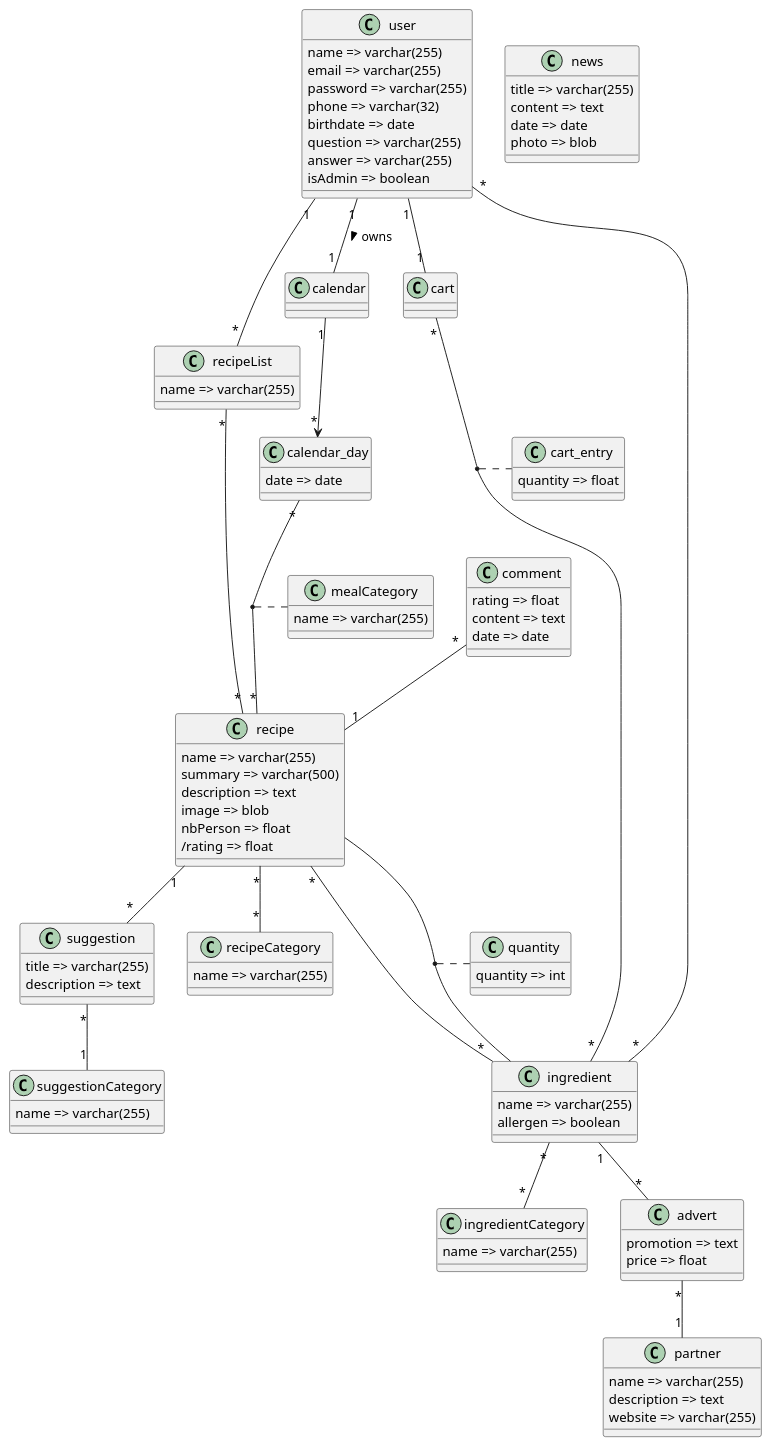
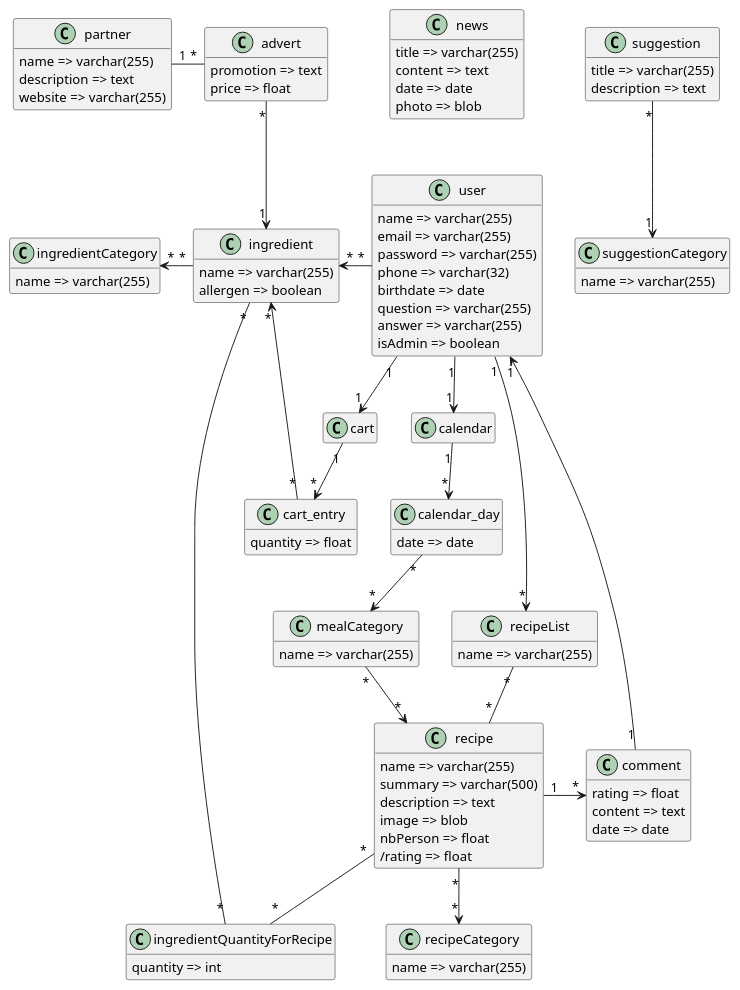
The diagram in doc/reports/domainAnalysis/plantuml/model.plantuml (iusildra/WineCellar), drawn with PlantUML before and after one commit.

Commit message:
Domain analysis

```diff
--- a/doc/reports/domainAnalysis/plantuml/model.plantuml
+++ b/doc/reports/domainAnalysis/plantuml/model.plantuml
@@ -1,138 +1,125 @@
 @startuml model
-' hide empty members
+hide empty members
 ' skinparam Linetype polyline
 
 class ingredientCategory {
-
   {field} name => varchar(255)
 }
 
 class recipeCategory {
-
   {field} name => varchar(255)
 }
 
 class suggestionCategory {
-
   {field} name => varchar(255)
 }
 
 class mealCategory {
-
   {field} name => varchar(255)
 }
 
 class ingredient {
-
   {field} name => varchar(255)
   {field} allergen => boolean
 }
 
 class recipe {
-
   {field} name => varchar(255)
   {field} summary => varchar(500)
   {field} description => text
   {field} image => blob
   {field} nbPerson => float
   {field} /rating => float
 }
 
 
 class advert {
   {field} promotion => text
   {field} price => float
 }
 
 class suggestion {
-
   {field} title => varchar(255)
   {field} description => text
 }
 
 
 class comment {
   {field} rating => float
   {field} content => text
   {field} date => date
 }
 
 class calendar
 
 class calendar_day {
   {field} date => date
 }
 
 
 class recipeList {
   {field} name => varchar(255)
 }
 
 class cart {
 }
 
 class cart_entry {
   quantity => float
 }
 
 class partner {
-
   {field} name => varchar(255)
   {field} description => text
   {field} website => varchar(255)
 }
 
 class news {
-
   {field} title => varchar(255)
   {field} content => text
   {field} date => date
   {field} photo => blob
 }
 
 class user {
-
   {field} name => varchar(255)
   {field} email => varchar(255)
   {field} password => varchar(255)
   {field} phone => varchar(32)
   {field} birthdate => date
   {field} question => varchar(255)
   {field} answer => varchar(255)
   {field} isAdmin => boolean
 }
 
-class quantity {
+class ingredientQuantityForRecipe {
   {field} quantity => int
 }
 
-user "1"          -- "1" cart
-calendar "1" --> "*" calendar_day
+advert "*"                      -d-> "1" ingredient
+advert "*"                      -l- "1" partner
 
-advert "*"        -u- "1" ingredient
-user "*"          -- "*" ingredient
+calendar "1"                    --> "*" calendar_day
+cart "1"                        --> "*" cart_entry
+cart_entry "*"                  --> "*" ingredient
+comment "1"                     --> "1" user
 
-advert "*"        -- "1" partner
+ingredientQuantityForRecipe "*" -- "*" ingredient
 
-comment "*"       -- "1" recipe
-recipeList "*"    -- "*" recipe
-suggestion "*"    -u- "1" recipe
+mealCategory "*"                --> "*" recipe
 
-cart "*"             -- "*" ingredient
-' TODO : ajouter les chiffres pour la liaison
-(recipe, ingredient) .. quantity
-recipe "*"           -- "*" ingredient
-(cart, ingredient)   .. cart_entry
-calendar_day "*"     -- "*" recipe
-(calendar_day, recipe)   .. mealCategory
+recipe  "1"                     -> "*" comment
+recipe "*"                      -- "*" ingredientQuantityForRecipe
+recipeList "*"                  -- "*" recipe
 
-' ! virer le ": < owns" transforme le diagramme un peu n'importe comment
-calendar "1"      -u- "1" user: < owns
-recipeList "*"    -u- "1" user
-' ? a voir si on garde ou pas
-' comment "1"       -u-> "1" user
+user "1"                        --> "1" calendar
+user "1"                        --> "1" cart
+user "*"                        -l-> "*" ingredient
+user "1"                        --> "*" recipeList
+user -[hidden]u- news
 
-ingredient "*"    -- "*" ingredientCategory
-recipe "*"        -- "*" recipeCategory
-suggestion "*"    -d- "1" suggestionCategory
+calendar_day "*"                --> "*" mealCategory
+ingredient "*"                  -l-> "*" ingredientCategory
+recipe "*"                      --> "*" recipeCategory
+suggestion "*"                  --> "1" suggestionCategory
 @enduml
```
